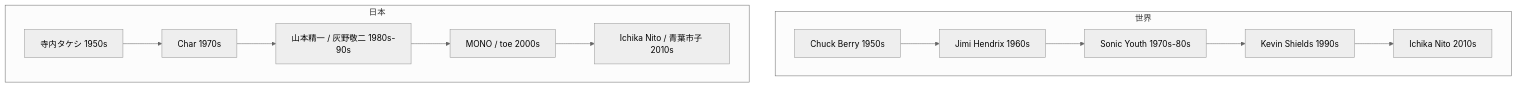
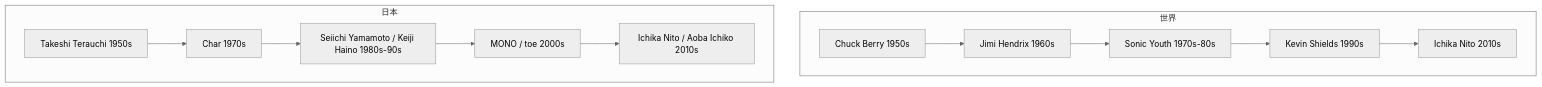
One commit to monumental-movement/monumental-movement.github.io changed the diagram in en/_posts/2025-10-18-column-guitarists.md. Above: the diagram before and after it, drawn with Mermaid (neutral theme). The commit also changed 152 other files, not shown here.

```diff
--- a/en/_posts/2025-10-18-column-guitarists.md
+++ b/en/_posts/2025-10-18-column-guitarists.md
@@ -214,23 +214,23 @@
 <div class="mermaid">
 
 flowchart TD
     subgraph 世界
     A1950["Chuck Berry 1950s"]
     A1960["Jimi Hendrix 1960s"]
     A1970["Sonic Youth 1970s-80s"]
     A1980["Kevin Shields 1990s"]
     A1990["Ichika Nito 2010s"]
     end
 
     subgraph 日本
-    J1950["寺内タケシ 1950s"]
+    J1950["Takeshi Terauchi 1950s"]
     J1960["Char 1970s"]
-    J1970["山本精一 / 灰野敬二 1980s-90s"]
+    J1970["Seiichi Yamamoto / Keiji Haino 1980s-90s"]
     J1980["MONO / toe 2000s"]
-    J1990["Ichika Nito / 青葉市子 2010s"]
+    J1990["Ichika Nito / Aoba Ichiko 2010s"]
     end
 
     A1950 --> A1960 --> A1970 --> A1980 --> A1990
     J1950 --> J1960 --> J1970 --> J1980 --> J1990
 
 </div>
```
